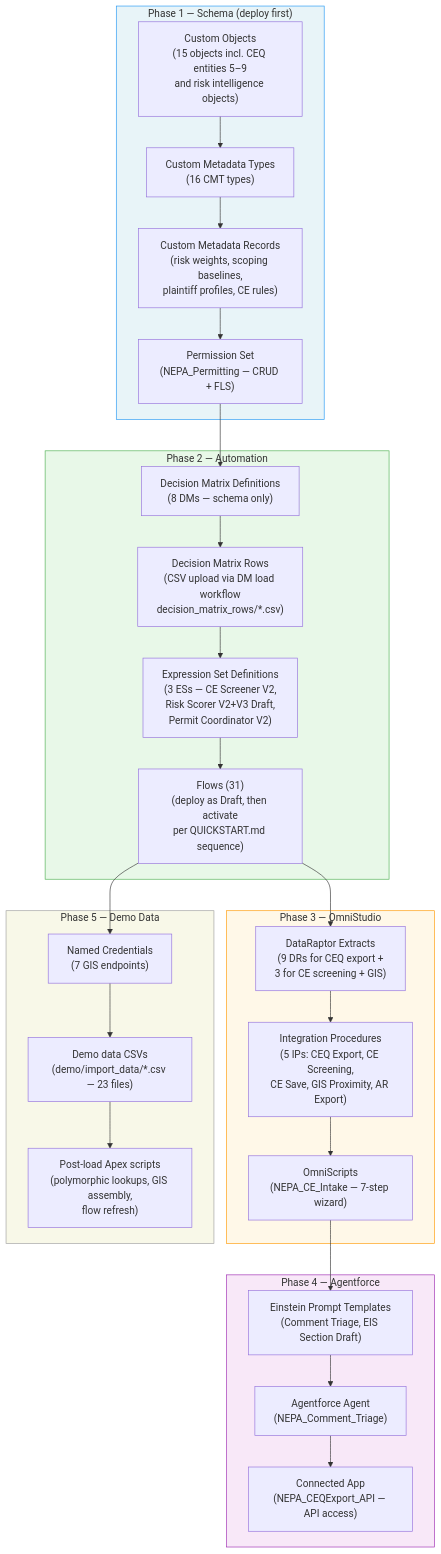
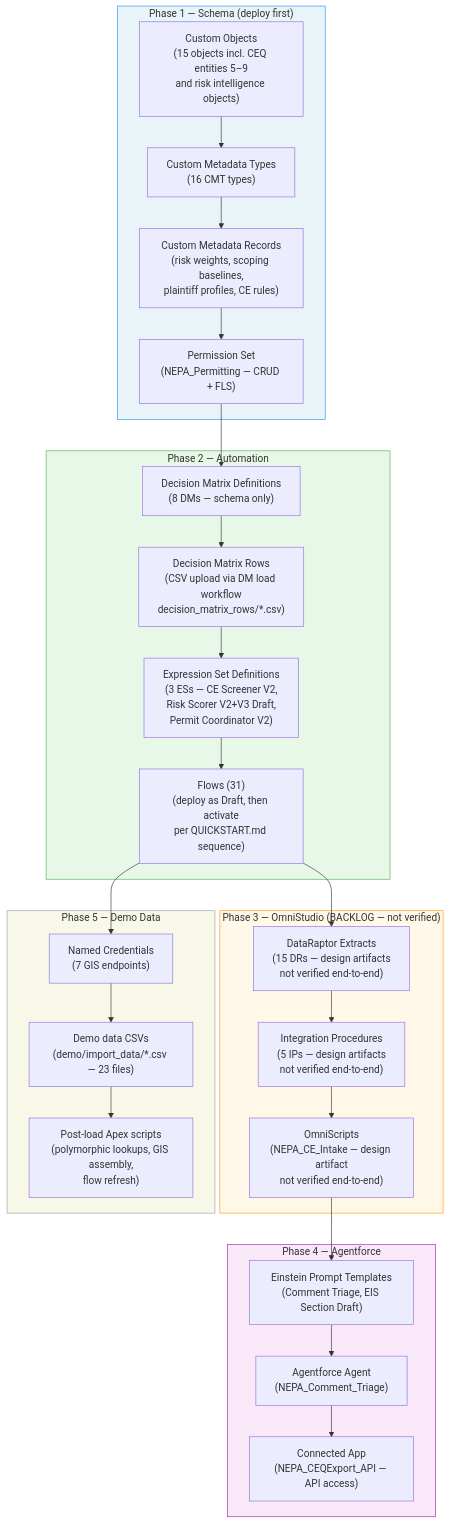
Before and after one commit to SFDC-Assets/PSA-NEPA-Permitting: the tenth of 11 diagrams in docs/ARCHITECTURE-DIAGRAMS.md, drawn with Mermaid. The commit also changed other lines of this file and 32 other files, not shown here.

First line of the commit message:
Reclassify OmniStudio components as backlog across all documentation

````diff
--- a/docs/ARCHITECTURE-DIAGRAMS.md
+++ b/docs/ARCHITECTURE-DIAGRAMS.md
@@ -489,46 +491,46 @@
 ```mermaid
 flowchart TD
     subgraph Phase1["Phase 1 — Schema (deploy first)"]
         S1["Custom Objects\n(15 objects incl. CEQ entities 5–9\nand risk intelligence objects)"]
         S2["Custom Metadata Types\n(16 CMT types)"]
         S3["Custom Metadata Records\n(risk weights, scoping baselines,\nplaintiff profiles, CE rules)"]
         S4["Permission Set\n(NEPA_Permitting — CRUD + FLS)"]
     end
 
     subgraph Phase2["Phase 2 — Automation"]
         A1["Decision Matrix Definitions\n(8 DMs — schema only)"]
         A2["Decision Matrix Rows\n(CSV upload via DM load workflow\ndecision_matrix_rows/*.csv)"]
         A3["Expression Set Definitions\n(3 ESs — CE Screener V2,\nRisk Scorer V2+V3 Draft,\nPermit Coordinator V2)"]
         A4["Flows (31)\n(deploy as Draft, then activate\nper QUICKSTART.md sequence)"]
     end
 
-    subgraph Phase3["Phase 3 — OmniStudio"]
-        O1["DataRaptor Extracts\n(9 DRs for CEQ export +\n3 for CE screening + GIS)"]
-        O2["Integration Procedures\n(5 IPs: CEQ Export, CE Screening,\nCE Save, GIS Proximity, AR Export)"]
-        O3["OmniScripts\n(NEPA_CE_Intake — 7-step wizard)"]
+    subgraph Phase3["Phase 3 — OmniStudio (BACKLOG — not verified)"]
+        O1["DataRaptor Extracts\n(15 DRs — design artifacts\nnot verified end-to-end)"]
+        O2["Integration Procedures\n(5 IPs — design artifacts\nnot verified end-to-end)"]
+        O3["OmniScripts\n(NEPA_CE_Intake — design artifact\nnot verified end-to-end)"]
     end
 
     subgraph Phase4["Phase 4 — Agentforce"]
         AG1["Einstein Prompt Templates\n(Comment Triage, EIS Section Draft)"]
         AG2["Agentforce Agent\n(NEPA_Comment_Triage)"]
         AG3["Connected App\n(NEPA_CEQExport_API — API access)"]
     end
 
     subgraph Phase5["Phase 5 — Demo Data"]
         D1["Named Credentials\n(7 GIS endpoints)"]
         D2["Demo data CSVs\n(demo/import_data/*.csv — 23 files)"]
         D3["Post-load Apex scripts\n(polymorphic lookups, GIS assembly,\nflow refresh)"]
     end
 
     S1 --> S2 --> S3 --> S4
     S4 --> A1 --> A2 --> A3 --> A4
     A4 --> O1 --> O2 --> O3
     O3 --> AG1 --> AG2 --> AG3
     A4 --> D1 --> D2 --> D3
 
     style Phase1 fill:#e8f4f8,stroke:#2196f3
     style Phase2 fill:#e8f8e8,stroke:#4caf50
     style Phase3 fill:#fff8e8,stroke:#ff9800
     style Phase4 fill:#f8e8f8,stroke:#9c27b0
     style Phase5 fill:#f8f8e8,stroke:#9e9e9e
 ```
````
